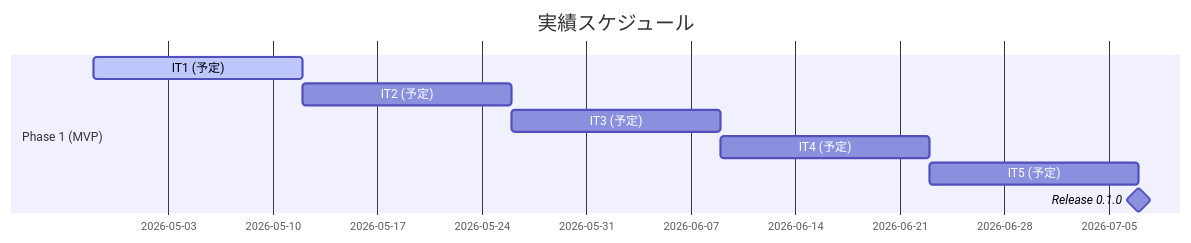
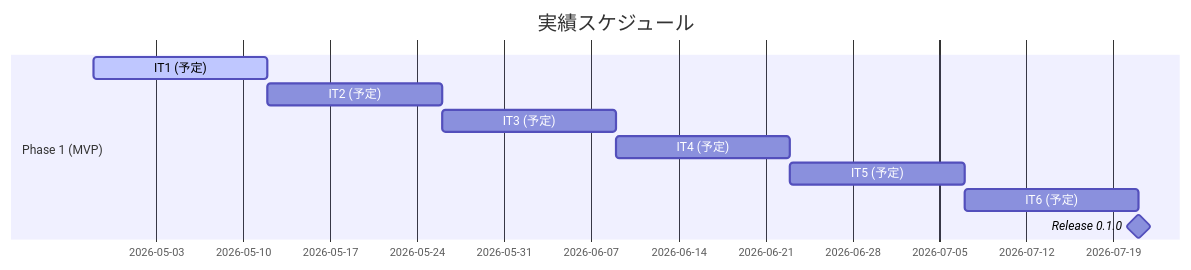
One commit to k2works/case-study-cargo-tracker changed the second of 3 diagrams in docs/development/release_plan.md. Above: the diagram before and after it, drawn with Mermaid. The commit also changed other lines of this file and 3 other files, not shown here.

````diff
--- a/docs/development/release_plan.md
+++ b/docs/development/release_plan.md
@@ -175,12 +177,13 @@
 ```mermaid
 gantt
     title 実績スケジュール
     dateFormat  YYYY-MM-DD
     section Phase 1 (MVP)
     IT1 (予定)                    :active, a1, 2026-04-28, 14d
     IT2 (予定)                    :a2, after a1, 14d
     IT3 (予定)                    :a3, after a2, 14d
     IT4 (予定)                    :a4, after a3, 14d
     IT5 (予定)                    :a5, after a4, 14d
-    Release 0.1.0                 :milestone, ma1, after a5, 0d
+    IT6 (予定)                    :a6, after a5, 14d
+    Release 0.1.0                 :milestone, ma1, after a6, 0d
 ```
````
